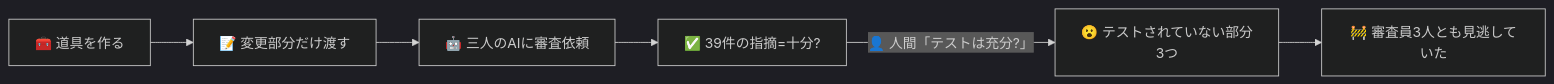
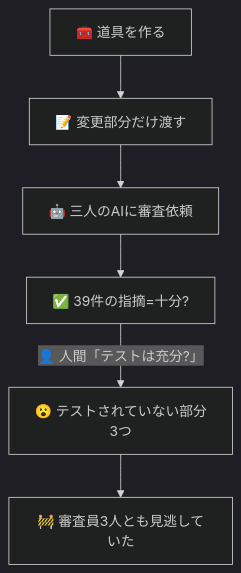
One commit to fukukei23/cc-stories-guide changed the first of 2 diagrams in source/016_AI審査員の盲点を人間の一言と説明書の改良で塞いだ話.md. Above: the diagram before and after it, drawn with Mermaid (dark theme). The commit also changed other lines of this file and 1 other file, not shown here.

Commit message:
fix: 016話のMermaid図をLR→TBへ(横並びで文字潰れ・014話TB慣習に整合)

````diff
--- a/source/016_AI審査員の盲点を人間の一言と説明書の改良で塞いだ話.md
+++ b/source/016_AI審査員の盲点を人間の一言と説明書の改良で塞いだ話.md
@@ -9,8 +9,8 @@
 ```mermaid
-flowchart LR
+flowchart TB
     A[🧰 道具を作る] --> B[📝 変更部分だけ渡す]
     B --> C[🤖 三人のAIに審査依頼]
     C --> D[✅ 39件の指摘=十分?]
     D -->|👤 人間「テストは充分?」| E[😮 テストされていない部分3つ]
     E --> F[🚧 審査員3人とも見逃していた]
 ```
````
